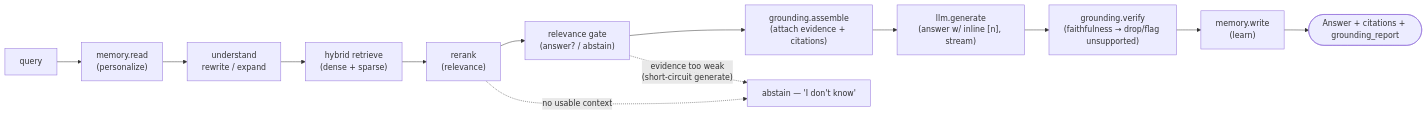
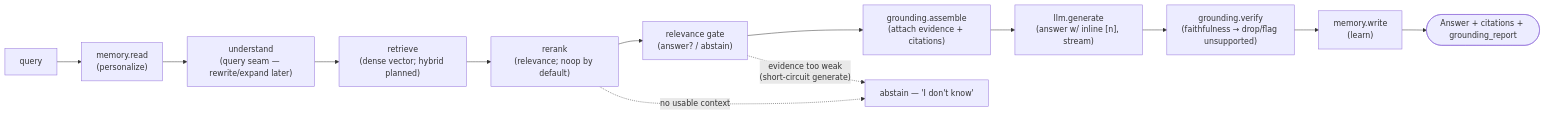
Before and after one commit to dTrans4M-R/RaCore: the second of 2 diagrams in docs/architecture.md, drawn with Mermaid. The commit also changed other lines of this file and 1 other file, not shown here.

First line of the commit message:
docs: light accuracy pass on architecture.md and freshness.md

````diff
--- a/docs/architecture.md
+++ b/docs/architecture.md
@@ -91,15 +92,15 @@
 ```mermaid
 flowchart LR
     Q["query"] --> M["memory.read<br/>(personalize)"]
-    M --> U["understand<br/>rewrite / expand"]
-    U --> H["hybrid retrieve<br/>(dense + sparse)"]
-    H --> R["rerank<br/>(relevance)"]
+    M --> U["understand<br/>(query seam — rewrite/expand later)"]
+    U --> H["retrieve<br/>(dense vector; hybrid planned)"]
+    H --> R["rerank<br/>(relevance; noop by default)"]
     R --> G["relevance gate<br/>(answer? / abstain)"]
     G --> A["grounding.assemble<br/>(attach evidence + citations)"]
     A --> L["llm.generate<br/>(answer w/ inline [n], stream)"]
     L --> V["grounding.verify<br/>(faithfulness → drop/flag unsupported)"]
     V --> W["memory.write<br/>(learn)"]
     W --> O(["Answer + citations + grounding_report"])
     R -.no usable context.-> X["abstain — 'I don't know'"]
     G -.evidence too weak<br/>(short-circuit generate).-> X
 ```
````
